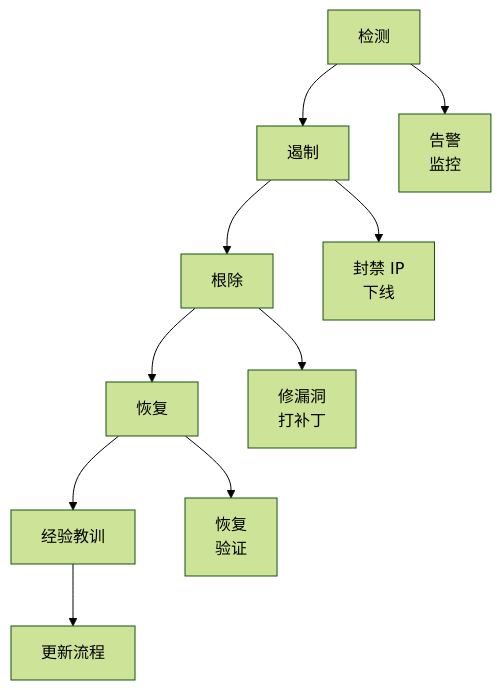
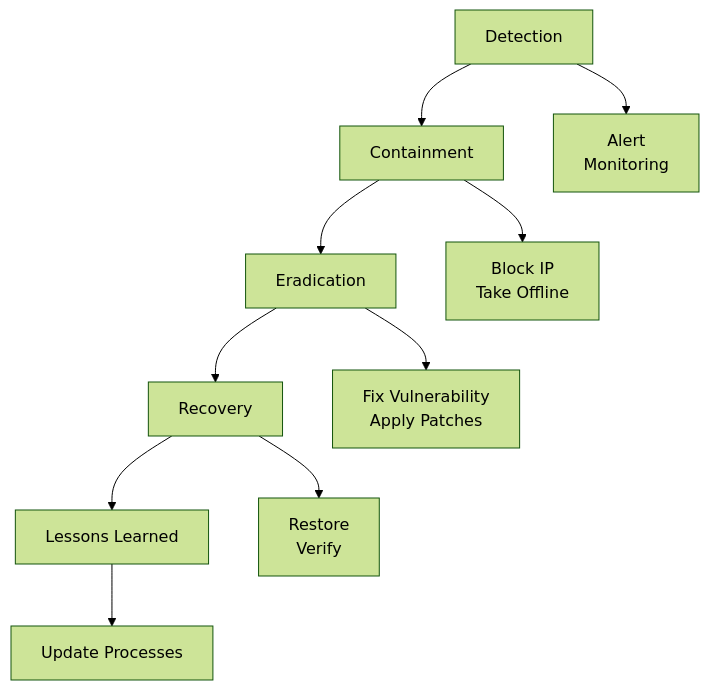
Before and after one commit to Kirky-X/diting: the diagram in references/security/security-expert-guide.md, drawn with Mermaid (forest theme). The commit also changed other lines of this file and 78 other files, not shown here.

````diff
--- a/references/security/security-expert-guide.md
+++ b/references/security/security-expert-guide.md
@@ -221,12 +221,12 @@
 ```mermaid
 flowchart TD
-    Det["检测"] --> Con["遏制"]
-    Con --> Era["根除"]
-    Era --> Rec["恢复"]
-    Rec --> LL["经验教训"]
-    Det --> Det1["告警<br/>监控"]
-    Con --> Con1["封禁 IP<br/>下线"]
-    Era --> Era1["修漏洞<br/>打补丁"]
-    Rec --> Rec1["恢复<br/>验证"]
-    LL --> LL1["更新流程"]
+    Det["Detection"] --> Con["Containment"]
+    Con --> Era["Eradication"]
+    Era --> Rec["Recovery"]
+    Rec --> LL["Lessons Learned"]
+    Det --> Det1["Alert<br/>Monitoring"]
+    Con --> Con1["Block IP<br/>Take Offline"]
+    Era --> Era1["Fix Vulnerability<br/>Apply Patches"]
+    Rec --> Rec1["Restore<br/>Verify"]
+    LL --> LL1["Update Processes"]
 ```
````
